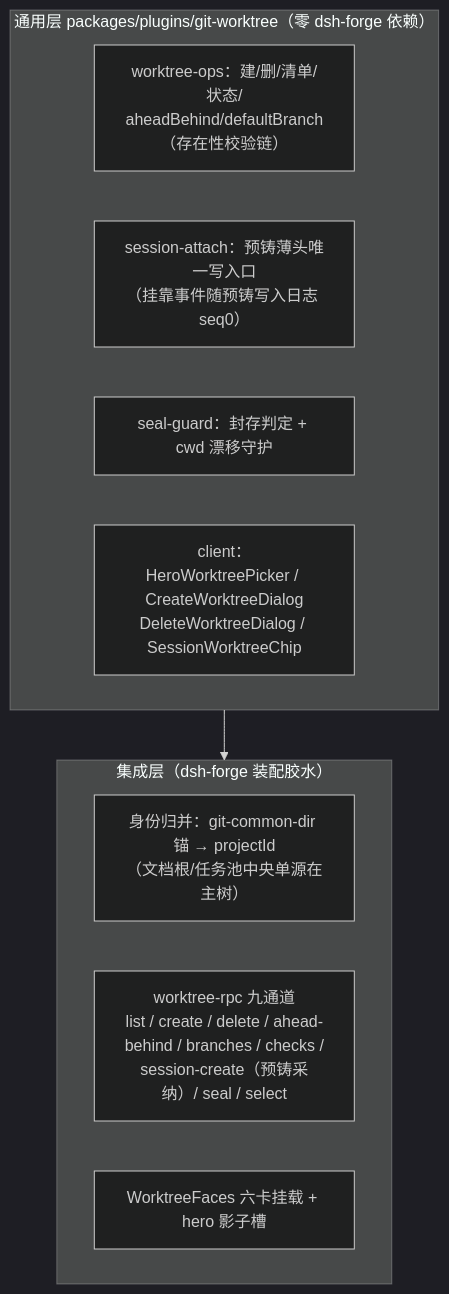
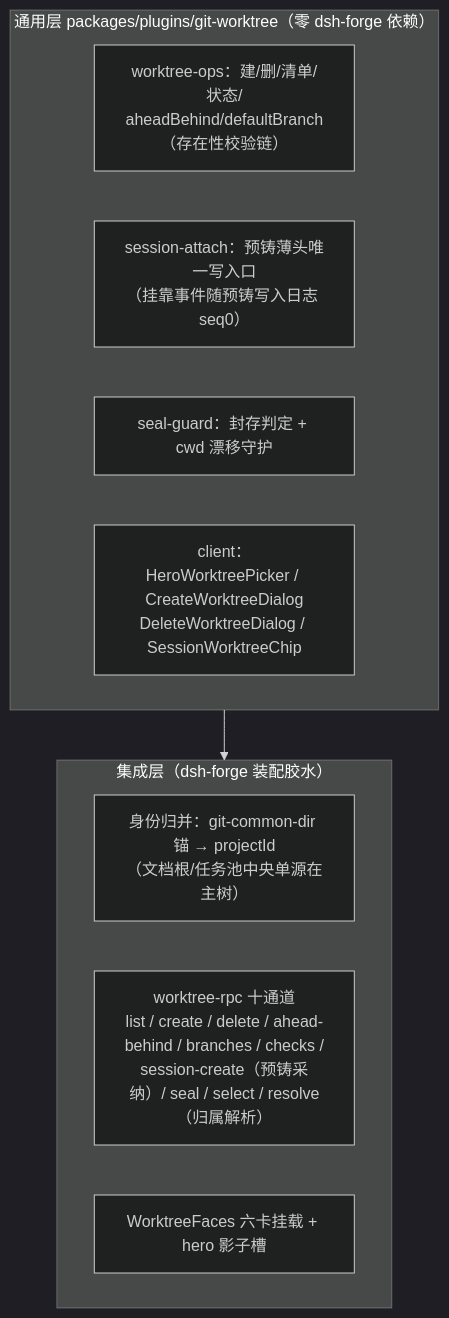
The first of 4 diagrams in .forge/docs/proposals/worktree-branch-management/design.md (bigfaner/dsh-forge), drawn with Mermaid (dark theme) before and after one commit. The commit also changed other lines of this file, not shown here.

Commit message:
docs(worktree): design.md 同步十通道口径（resolve 归属解析通道）

````diff
--- a/.forge/docs/proposals/worktree-branch-management/design.md
+++ b/.forge/docs/proposals/worktree-branch-management/design.md
@@ -19,15 +19,15 @@
 ```mermaid
 flowchart TB
     subgraph G["通用层 packages/plugins/git-worktree（零 dsh-forge 依赖）"]
         OPS["worktree-ops：建/删/清单/状态/<br/>aheadBehind/defaultBranch（存在性校验链）"]
         ATTACH["session-attach：预铸薄头唯一写入口<br/>（挂靠事件随预铸写入日志 seq0）"]
         SEAL["seal-guard：封存判定 + cwd 漂移守护"]
         UI["client：HeroWorktreePicker / CreateWorktreeDialog<br/>DeleteWorktreeDialog / SessionWorktreeChip"]
     end
     subgraph F["集成层（dsh-forge 装配胶水）"]
         ID["身份归并：git-common-dir 锚 → projectId<br/>（文档根/任务池中央单源在主树）"]
-        RPC["worktree-rpc 九通道<br/>list / create / delete / ahead-behind / branches / checks /<br/>session-create（预铸采纳）/ seal / select"]
+        RPC["worktree-rpc 十通道<br/>list / create / delete / ahead-behind / branches / checks /<br/>session-create（预铸采纳）/ seal / select / resolve（归属解析）"]
         FACES["WorktreeFaces 六卡挂载 + hero 影子槽"]
     end
     G --> F
 ```
````
